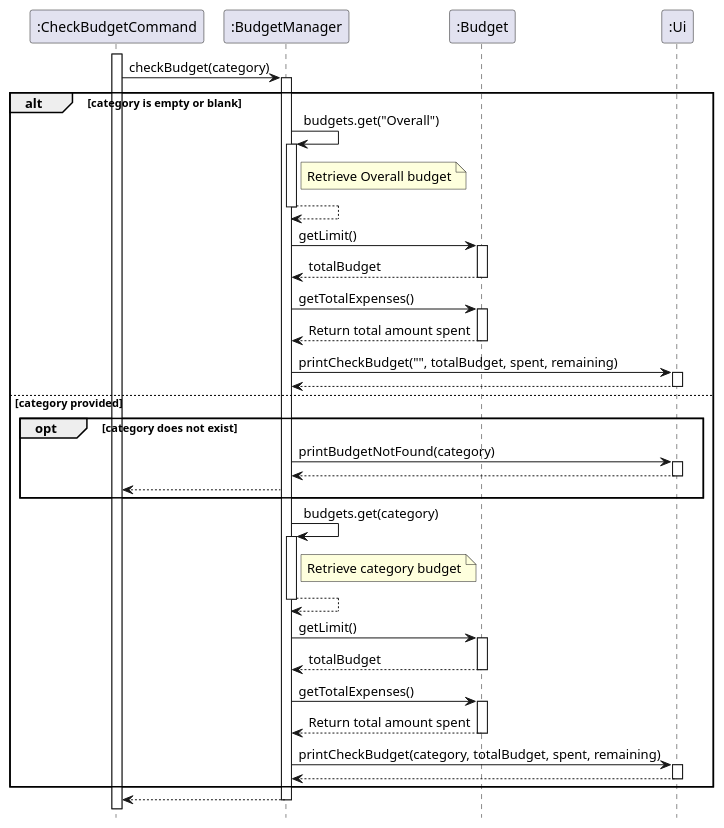
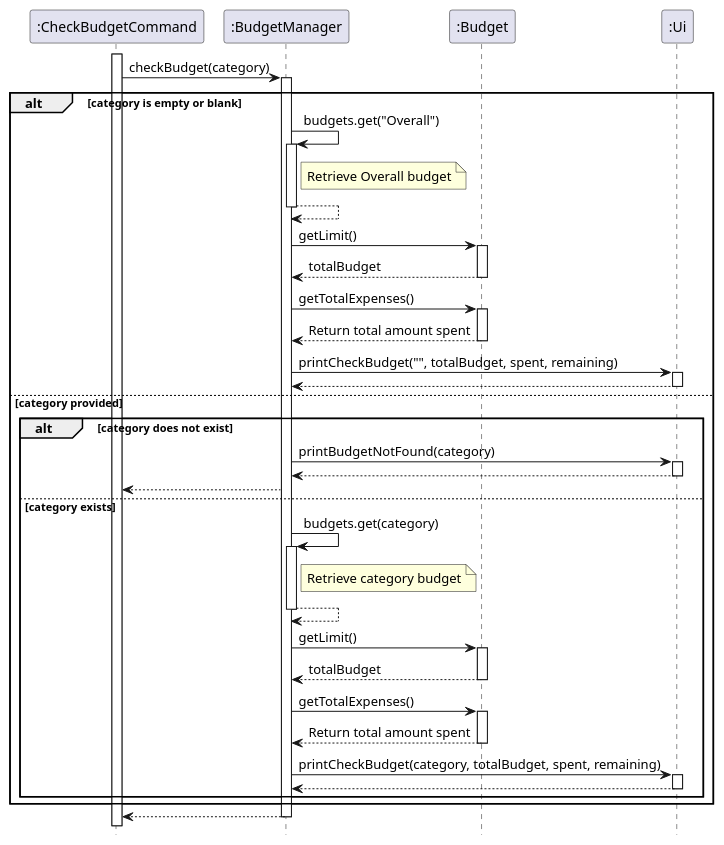
One commit to AY2425S2-CS2113-T12-4/tp changed the diagram in docs/diagrams/CheckBudgetCommandSequenceDiagram.puml. Above: the diagram before and after it, drawn with PlantUML. The commit also changed 1 other file, not shown here.

Commit message:
Edit CheckBudgetSequenceDiagrams

```diff
--- a/docs/diagrams/CheckBudgetCommandSequenceDiagram.puml
+++ b/docs/diagrams/CheckBudgetCommandSequenceDiagram.puml
@@ -1,71 +1,72 @@
 @startuml
 hide circle
 skinparam classAttributeIconSize 0
 hide footbox
 
 participant ":CheckBudgetCommand" as CBC
 participant ":BudgetManager" as BM
 participant ":Budget" as B
 participant ":Ui" as UI
 
 activate CBC
 CBC -> BM: checkBudget(category)
 activate BM
 
 alt category is empty or blank
     BM -> BM: budgets.get("Overall")
     activate BM
     note right of BM: Retrieve Overall budget
     BM --> BM
     deactivate BM
 
     BM -> B: getLimit()
     activate B
     B --> BM: totalBudget
     deactivate B
 
     BM -> B: getTotalExpenses()
     activate B
     B --> BM: Return total amount spent
     deactivate B
 
     BM -> UI: printCheckBudget("", totalBudget, spent, remaining)
     activate UI
     UI --> BM
     deactivate UI
 
 else category provided
-    opt category does not exist
+    alt category does not exist
         BM -> UI: printBudgetNotFound(category)
         activate UI
         UI --> BM
         deactivate UI
 
         BM --> CBC
-        end
+
+    else category exists
         BM -> BM: budgets.get(category)
         activate BM
         note right of BM: Retrieve category budget
         BM --> BM
         deactivate BM
 
         BM -> B: getLimit()
         activate B
         B --> BM: totalBudget
         deactivate B
 
         BM -> B: getTotalExpenses()
         activate B
         B --> BM: Return total amount spent
         deactivate B
 
         BM -> UI: printCheckBudget(category, totalBudget, spent, remaining)
         activate UI
         UI --> BM
         deactivate UI
-
+    end
 end
 
 BM --> CBC
 deactivate BM
 @enduml
```
